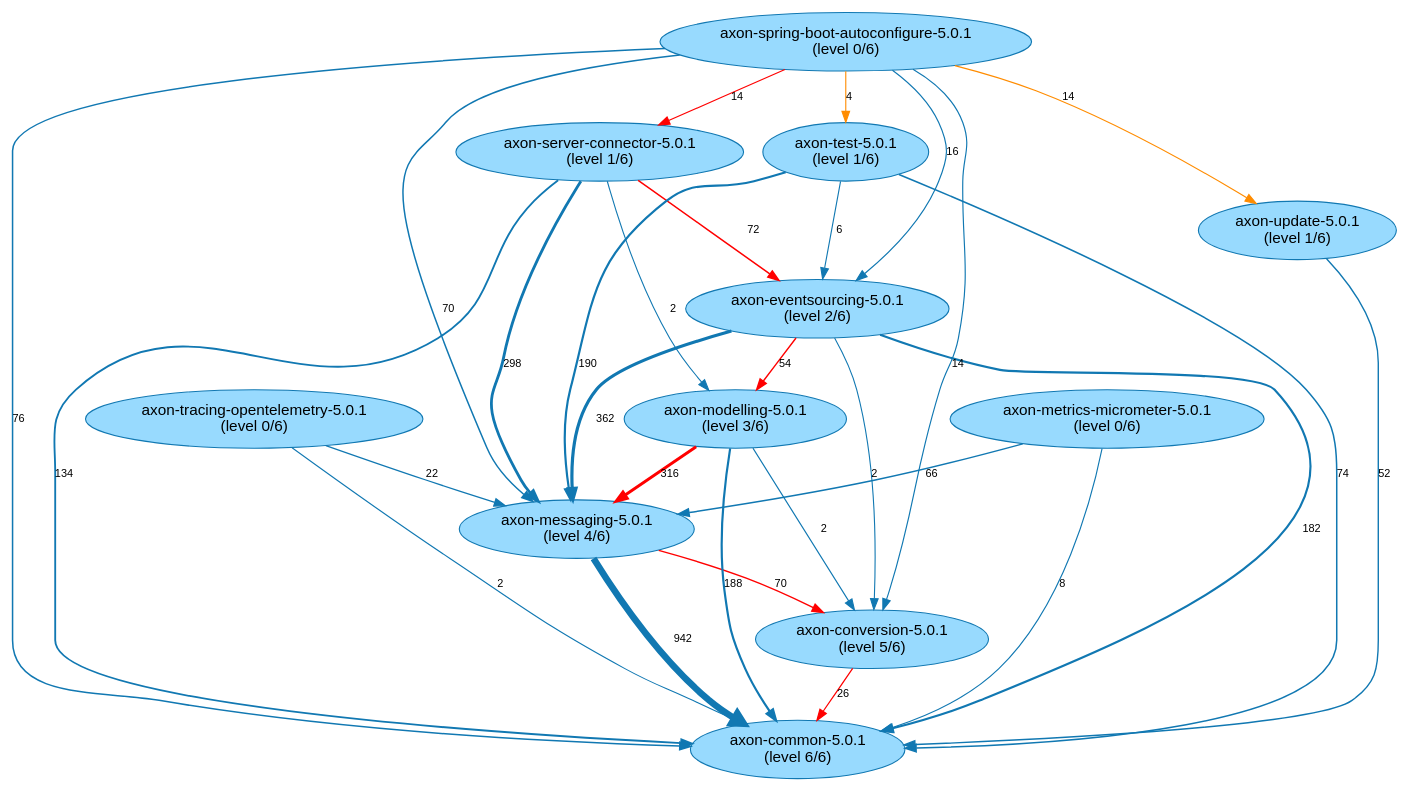
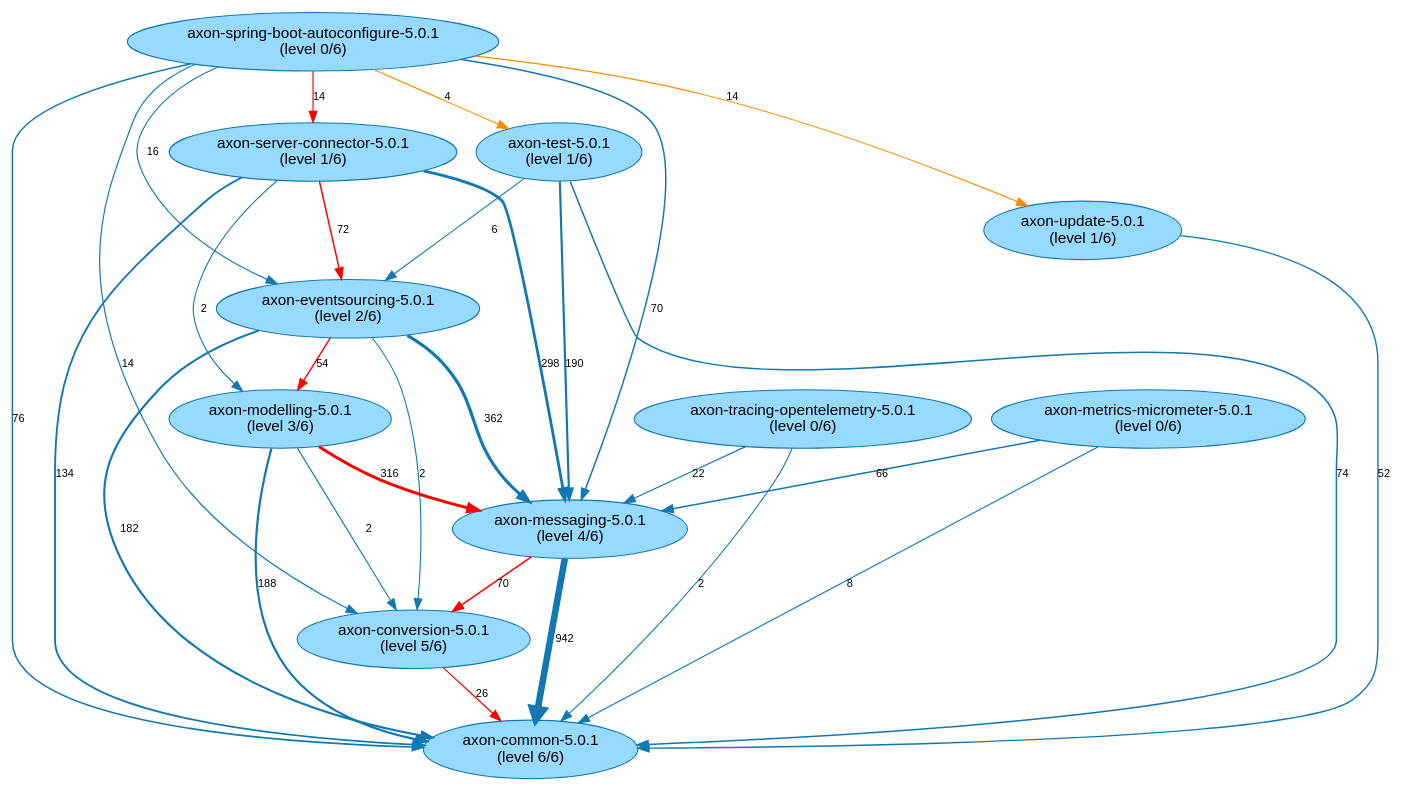
One commit to JohT/code-graph-analysis-examples changed the diagram in analysis-results/AxonFramework/AxonFramework-5.0.1/path-finding-visualization/JavaArtifactLongestPaths.gv. Above: the diagram before and after it, drawn with Graphviz. The commit also changed other lines of this file and 855 other files, not shown here.

```diff
--- a/analysis-results/AxonFramework/AxonFramework-5.0.1/path-finding-visualization/JavaArtifactLongestPaths.gv
+++ b/analysis-results/AxonFramework/AxonFramework-5.0.1/path-finding-visualization/JavaArtifactLongestPaths.gv
@@ -1,41 +1,41 @@
 // This GraphViz dot file was generated by the script convertQueryResultCsvToGraphVizDotFile.sh with default.template
 
 strict digraph JavaArtifactLongestPaths {
     fontname = "Helvetica,Arial,sans-serif";
     node [fontname = "Helvetica,Arial,sans-serif";];
     edge [fontname = "Helvetica,Arial,sans-serif"; fontsize = 10;];
     node [style = filled; fillcolor = "0.560 0.400 0.999";];
     node [color = "0.560 0.900 0.700";];
     edge [color = "0.560 0.900 0.700";];
+	"axon-server-connector-5.0.1\n(level 1/6)" -> "axon-messaging-5.0.1\n(level 4/6)" [label=298; penwidth=2.57; ];
+	"axon-server-connector-5.0.1\n(level 1/6)" -> "axon-common-5.0.1\n(level 6/6)" [label=134; penwidth=1.7; ];
+	"axon-server-connector-5.0.1\n(level 1/6)" -> "axon-eventsourcing-5.0.1\n(level 2/6)" [label=72; penwidth=1.37; color="red"; ];
+	"axon-server-connector-5.0.1\n(level 1/6)" -> "axon-modelling-5.0.1\n(level 3/6)" [label=2; penwidth=1.0; ];
+	"axon-test-5.0.1\n(level 1/6)" -> "axon-messaging-5.0.1\n(level 4/6)" [label=190; penwidth=2.0; ];
+	"axon-test-5.0.1\n(level 1/6)" -> "axon-common-5.0.1\n(level 6/6)" [label=74; penwidth=1.38; ];
+	"axon-test-5.0.1\n(level 1/6)" -> "axon-eventsourcing-5.0.1\n(level 2/6)" [label=6; penwidth=1.02; ];
 	"axon-tracing-opentelemetry-5.0.1\n(level 0/6)" -> "axon-messaging-5.0.1\n(level 4/6)" [label=22; penwidth=1.11; ];
 	"axon-tracing-opentelemetry-5.0.1\n(level 0/6)" -> "axon-common-5.0.1\n(level 6/6)" [label=2; penwidth=1.0; ];
-	"axon-server-connector-5.0.1\n(level 1/6)" -> "axon-common-5.0.1\n(level 6/6)" [label=134; penwidth=1.7; ];
-	"axon-server-connector-5.0.1\n(level 1/6)" -> "axon-messaging-5.0.1\n(level 4/6)" [label=298; penwidth=2.57; ];
-	"axon-server-connector-5.0.1\n(level 1/6)" -> "axon-eventsourcing-5.0.1\n(level 2/6)" [label=72; penwidth=1.37; color="red"; ];
-	"axon-server-connector-5.0.1\n(level 1/6)" -> "axon-modelling-5.0.1\n(level 3/6)" [label=2; penwidth=1.0; ];
+	"axon-spring-boot-autoconfigure-5.0.1\n(level 0/6)" -> "axon-server-connector-5.0.1\n(level 1/6)" [label=14; penwidth=1.06; color="red"; ];
+	"axon-spring-boot-autoconfigure-5.0.1\n(level 0/6)" -> "axon-messaging-5.0.1\n(level 4/6)" [label=70; penwidth=1.36; ];
+	"axon-spring-boot-autoconfigure-5.0.1\n(level 0/6)" -> "axon-common-5.0.1\n(level 6/6)" [label=76; penwidth=1.39; ];
+	"axon-spring-boot-autoconfigure-5.0.1\n(level 0/6)" -> "axon-conversion-5.0.1\n(level 5/6)" [label=14; penwidth=1.06; ];
+	"axon-spring-boot-autoconfigure-5.0.1\n(level 0/6)" -> "axon-eventsourcing-5.0.1\n(level 2/6)" [label=16; penwidth=1.07; ];
+	"axon-spring-boot-autoconfigure-5.0.1\n(level 0/6)" -> "axon-update-5.0.1\n(level 1/6)" [label=14; penwidth=1.06; ];
+	"axon-spring-boot-autoconfigure-5.0.1\n(level 0/6)" -> "axon-test-5.0.1\n(level 1/6)" [label=4; penwidth=1.01; ];
 	"axon-modelling-5.0.1\n(level 3/6)" -> "axon-messaging-5.0.1\n(level 4/6)" [label=316; penwidth=2.67; color="red"; ];
 	"axon-modelling-5.0.1\n(level 3/6)" -> "axon-common-5.0.1\n(level 6/6)" [label=188; penwidth=1.99; ];
 	"axon-modelling-5.0.1\n(level 3/6)" -> "axon-conversion-5.0.1\n(level 5/6)" [label=2; penwidth=1.0; ];
-	"axon-eventsourcing-5.0.1\n(level 2/6)" -> "axon-modelling-5.0.1\n(level 3/6)" [label=54; penwidth=1.28; color="red"; ];
-	"axon-eventsourcing-5.0.1\n(level 2/6)" -> "axon-common-5.0.1\n(level 6/6)" [label=182; penwidth=1.96; ];
+	"axon-messaging-5.0.1\n(level 4/6)" -> "axon-conversion-5.0.1\n(level 5/6)" [label=70; penwidth=1.36; color="red"; ];
+	"axon-messaging-5.0.1\n(level 4/6)" -> "axon-common-5.0.1\n(level 6/6)" [label=942; penwidth=6.0; ];
+	"axon-conversion-5.0.1\n(level 5/6)" -> "axon-common-5.0.1\n(level 6/6)" [label=26; penwidth=1.13; color="red"; ];
+	"axon-update-5.0.1\n(level 1/6)" -> "axon-common-5.0.1\n(level 6/6)" [label=52; penwidth=1.27; ];
+	"axon-metrics-micrometer-5.0.1\n(level 0/6)" -> "axon-messaging-5.0.1\n(level 4/6)" [label=66; penwidth=1.34; ];
+	"axon-metrics-micrometer-5.0.1\n(level 0/6)" -> "axon-common-5.0.1\n(level 6/6)" [label=8; penwidth=1.03; ];
 	"axon-eventsourcing-5.0.1\n(level 2/6)" -> "axon-messaging-5.0.1\n(level 4/6)" [label=362; penwidth=2.91; ];
 	"axon-eventsourcing-5.0.1\n(level 2/6)" -> "axon-conversion-5.0.1\n(level 5/6)" [label=2; penwidth=1.0; ];
-	"axon-test-5.0.1\n(level 1/6)" -> "axon-messaging-5.0.1\n(level 4/6)" [label=190; penwidth=2.0; ];
-	"axon-test-5.0.1\n(level 1/6)" -> "axon-common-5.0.1\n(level 6/6)" [label=74; penwidth=1.38; ];
-	"axon-test-5.0.1\n(level 1/6)" -> "axon-eventsourcing-5.0.1\n(level 2/6)" [label=6; penwidth=1.02; ];
-	"axon-spring-boot-autoconfigure-5.0.1\n(level 0/6)" -> "axon-common-5.0.1\n(level 6/6)" [label=76; penwidth=1.39; ];
-	"axon-spring-boot-autoconfigure-5.0.1\n(level 0/6)" -> "axon-messaging-5.0.1\n(level 4/6)" [label=70; penwidth=1.36; ];
-	"axon-spring-boot-autoconfigure-5.0.1\n(level 0/6)" -> "axon-update-5.0.1\n(level 1/6)" [label=14; penwidth=1.06; ];
-	"axon-spring-boot-autoconfigure-5.0.1\n(level 0/6)" -> "axon-test-5.0.1\n(level 1/6)" [label=4; penwidth=1.01; ];
-	"axon-spring-boot-autoconfigure-5.0.1\n(level 0/6)" -> "axon-eventsourcing-5.0.1\n(level 2/6)" [label=16; penwidth=1.07; ];
-	"axon-spring-boot-autoconfigure-5.0.1\n(level 0/6)" -> "axon-conversion-5.0.1\n(level 5/6)" [label=14; penwidth=1.06; ];
-	"axon-spring-boot-autoconfigure-5.0.1\n(level 0/6)" -> "axon-server-connector-5.0.1\n(level 1/6)" [label=14; penwidth=1.06; color="red"; ];
-	"axon-messaging-5.0.1\n(level 4/6)" -> "axon-common-5.0.1\n(level 6/6)" [label=942; penwidth=6.0; ];
-	"axon-messaging-5.0.1\n(level 4/6)" -> "axon-conversion-5.0.1\n(level 5/6)" [label=70; penwidth=1.36; color="red"; ];
-	"axon-metrics-micrometer-5.0.1\n(level 0/6)" -> "axon-messaging-5.0.1\n(level 4/6)" [label=66; penwidth=1.34; ];
-	"axon-metrics-micrometer-5.0.1\n(level 0/6)" -> "axon-common-5.0.1\n(level 6/6)" [label=8; penwidth=1.03; ];
-	"axon-conversion-5.0.1\n(level 5/6)" -> "axon-common-5.0.1\n(level 6/6)" [label=26; penwidth=1.13; color="red"; ];
-	"axon-update-5.0.1\n(level 1/6)" -> "axon-common-5.0.1\n(level 6/6)" [label=52; penwidth=1.27; ];
+	"axon-eventsourcing-5.0.1\n(level 2/6)" -> "axon-common-5.0.1\n(level 6/6)" [label=182; penwidth=1.96; ];
+	"axon-eventsourcing-5.0.1\n(level 2/6)" -> "axon-modelling-5.0.1\n(level 3/6)" [label=54; penwidth=1.28; color="red"; ];
 	"axon-spring-boot-autoconfigure-5.0.1\n(level 0/6)" -> "axon-test-5.0.1\n(level 1/6)" [label=4; penwidth=1.01; color="darkorange"; ];
 	"axon-spring-boot-autoconfigure-5.0.1\n(level 0/6)" -> "axon-update-5.0.1\n(level 1/6)" [label=14; penwidth=1.06; color="darkorange"; ];
 }
```
